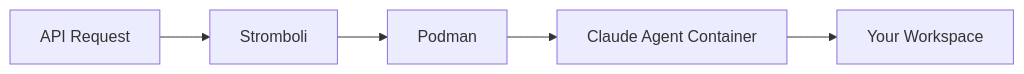
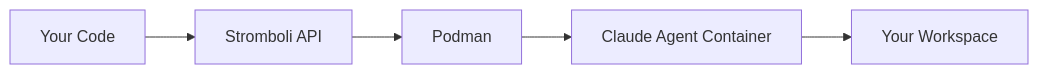
The diagram in docs/index.md (tomblancdev/stromboli), drawn with Mermaid before and after one commit. The commit also changed other lines of this file and 37 other files, not shown here.

````diff
--- a/docs/index.md
+++ b/docs/index.md
@@ -19,7 +20,7 @@
 ```mermaid
 graph LR
-    A[API Request] --> B[Stromboli]
+    A[Your Code] --> B[Stromboli API]
     B --> C[Podman]
     C --> D[Claude Agent Container]
     D --> E[Your Workspace]
 ```
````
